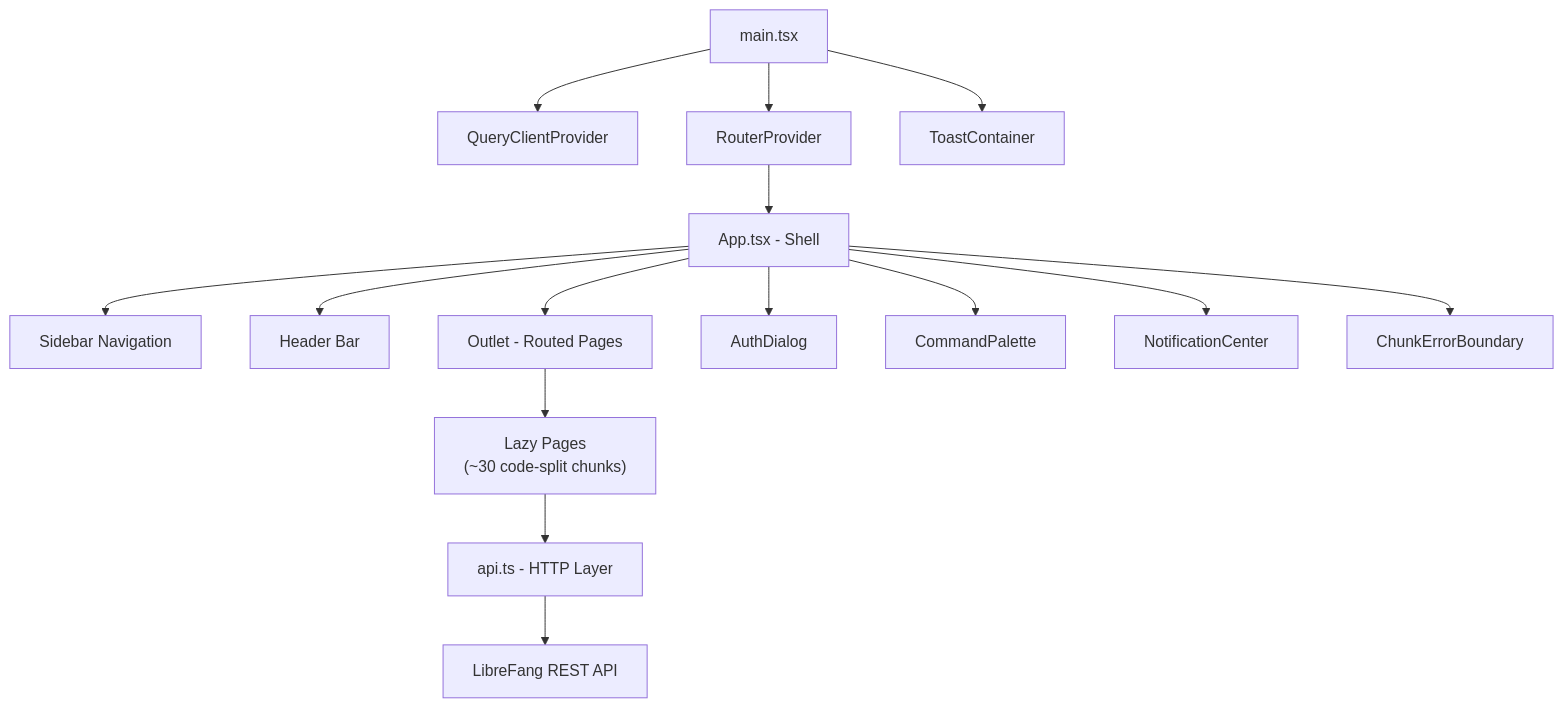
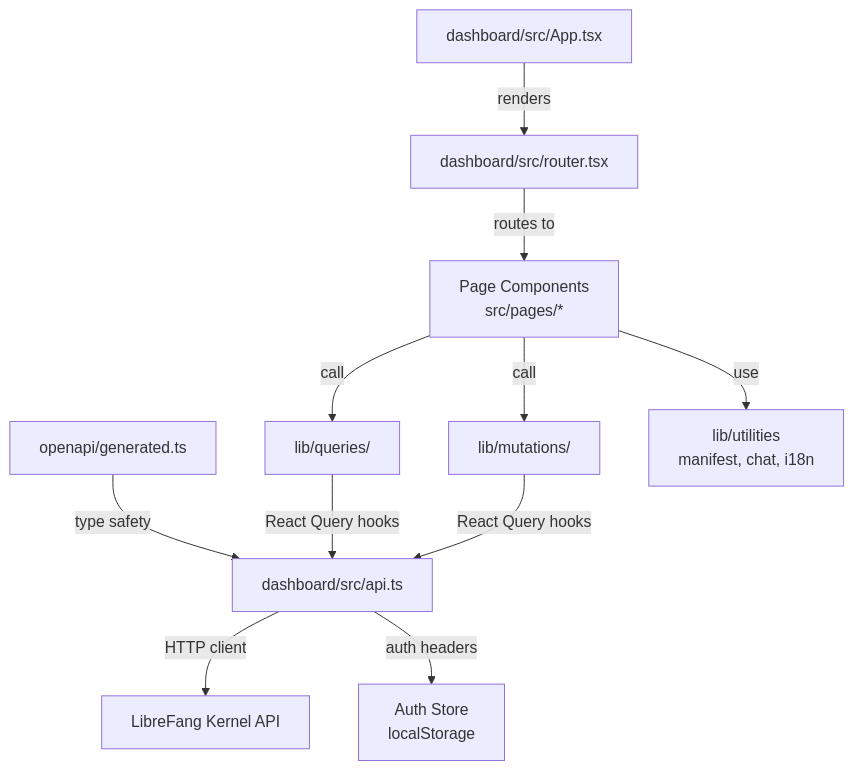
Before and after one commit to leszek3737/librefang-WIki: the diagram in dashboard-frontend.md, drawn with Mermaid. The commit also changed other lines of this file and 120 other files, not shown here.

````diff
--- a/dashboard-frontend.md
+++ b/dashboard-frontend.md
@@ -9,17 +11,13 @@
 ```mermaid
 graph TD
-    A[main.tsx] --> B[QueryClientProvider]
-    A --> C[RouterProvider]
-    A --> D[ToastContainer]
-    C --> E[App.tsx - Shell]
-    E --> F[Sidebar Navigation]
-    E --> G[Header Bar]
-    E --> H[Outlet - Routed Pages]
-    E --> I[AuthDialog]
-    E --> J[CommandPalette]
-    E --> K[NotificationCenter]
-    E --> L[ChunkErrorBoundary]
-    H --> M["Lazy Pages<br/>(~30 code-split chunks)"]
-    M --> N[api.ts - HTTP Layer]
-    N --> O[LibreFang REST API]
+    A[openapi/generated.ts] -->|type safety| B[dashboard/src/api.ts]
+    B -->|HTTP client| C[LibreFang Kernel API]
+    B -->|auth headers| D[Auth Store<br/>localStorage]
+    E[lib/queries/] -->|React Query hooks| B
+    F[lib/mutations/] -->|React Query hooks| B
+    G[Page Components<br/>src/pages/*] -->|call| E
+    G -->|call| F
+    G -->|use| H[lib/utilities<br/>manifest, chat, i18n]
+    I[dashboard/src/App.tsx] -->|renders| J[dashboard/src/router.tsx]
+    J -->|routes to| G
 ```
````
